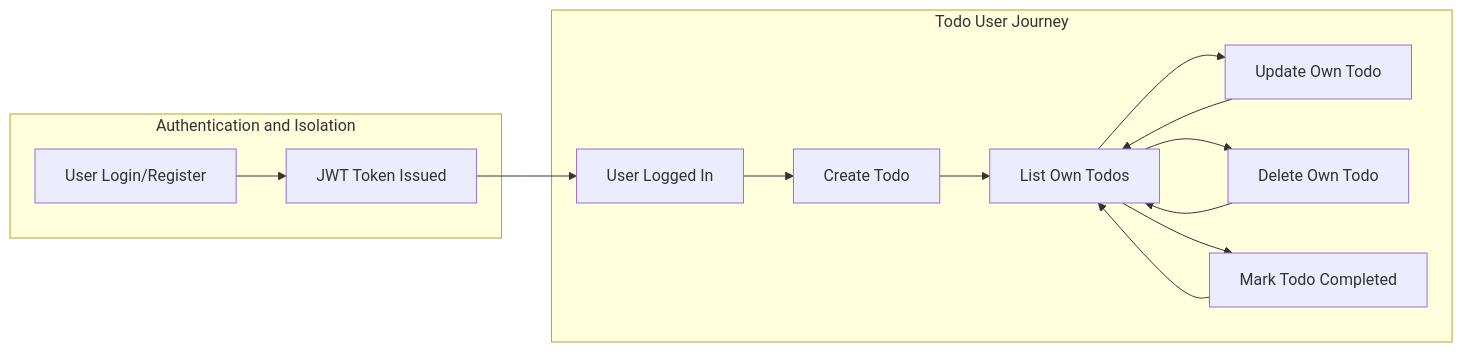
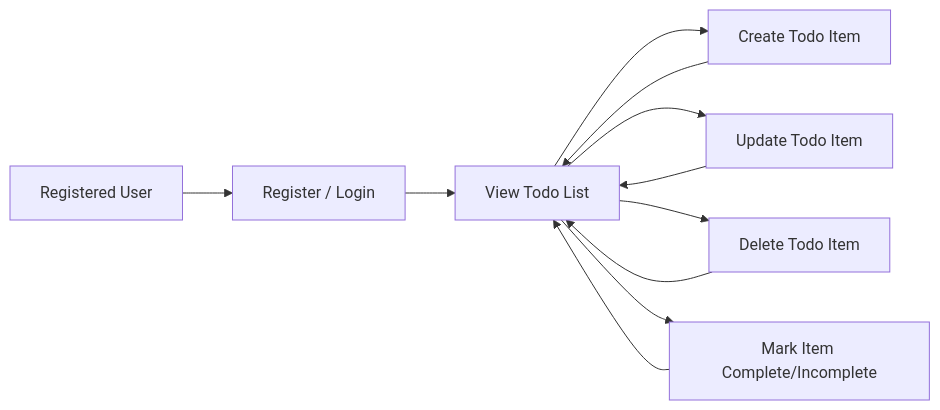
One commit to wrtnlabs/autobe-examples changed the diagram in openai/gpt-4.1/todo/docs/analysis/01-service-overview.md. Above: the diagram before and after it, drawn with Mermaid. The commit also changed other lines of this file and 3372 other files, not shown here.

````diff
--- a/openai/gpt-4.1/todo/docs/analysis/01-service-overview.md
+++ b/openai/gpt-4.1/todo/docs/analysis/01-service-overview.md
@@ -76,17 +57,13 @@
 ```mermaid
 graph LR
-  subgraph "Todo User Journey"
-    A["User Logged In"] --> B["Create Todo"]
-    B --> C["List Own Todos"]
-    C --> D["Update Own Todo"]
-    C --> E["Delete Own Todo"]
-    C --> F["Mark Todo Completed"]
+    A["Registered User"] --> B["Register / Login"]
+    B --> C["View Todo List"]
+    C --> D["Create Todo Item"]
+    C --> E["Update Todo Item"]
+    C --> F["Delete Todo Item"]
+    C --> G["Mark Item Complete/Incomplete"]
     D --> C
     E --> C
     F --> C
-  end
-  subgraph "Authentication and Isolation"
-    G["User Login/Register"] --> H["JWT Token Issued"]
-    H --> A
-  end
+    G --> C
 ```
````
